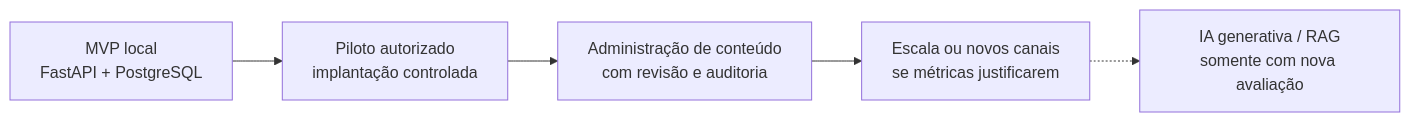
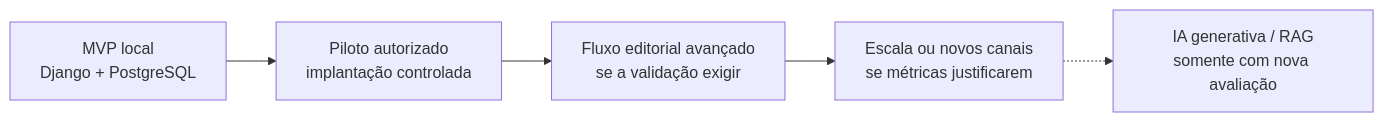
Before and after one commit to walkermooore/chatbot-aginov: the eighth of 8 diagrams in docs/ARQUITETURA.md, drawn with Mermaid. The commit also changed other lines of this file and 5 other files, not shown here.

````diff
--- a/docs/ARQUITETURA.md
+++ b/docs/ARQUITETURA.md
@@ -472,7 +511,7 @@
 ```mermaid
 flowchart LR
-    M[MVP local<br/>FastAPI + PostgreSQL] --> P[Piloto autorizado<br/>implantação controlada]
-    P --> A[Administração de conteúdo<br/>com revisão e auditoria]
+    M[MVP local<br/>Django + PostgreSQL] --> P[Piloto autorizado<br/>implantação controlada]
+    P --> A[Fluxo editorial avançado<br/>se a validação exigir]
     A --> E[Escala ou novos canais<br/>se métricas justificarem]
     E -.-> G[IA generativa / RAG<br/>somente com nova avaliação]
 ```
````
